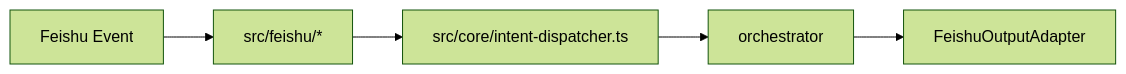
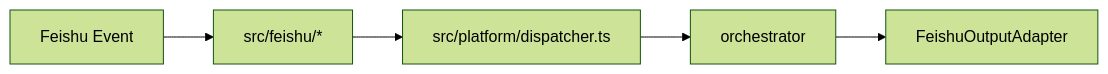
One commit to vzxxbacq/CollabVibe changed the first of 2 diagrams in docs/00-overview/platform-feishu.md. Above: the diagram before and after it, drawn with Mermaid (forest theme). The commit also changed other lines of this file and 456 other files, not shown here.

````diff
--- a/docs/00-overview/platform-feishu.md
+++ b/docs/00-overview/platform-feishu.md
@@ -21,7 +21,7 @@
 ```mermaid
 flowchart LR
   A[Feishu Event] --> B[src/feishu/*]
-  B --> C[src/core/intent-dispatcher.ts]
+  B --> C[src/platform/dispatcher.ts]
   C --> D[orchestrator]
   D --> E[FeishuOutputAdapter]
 ```
````
